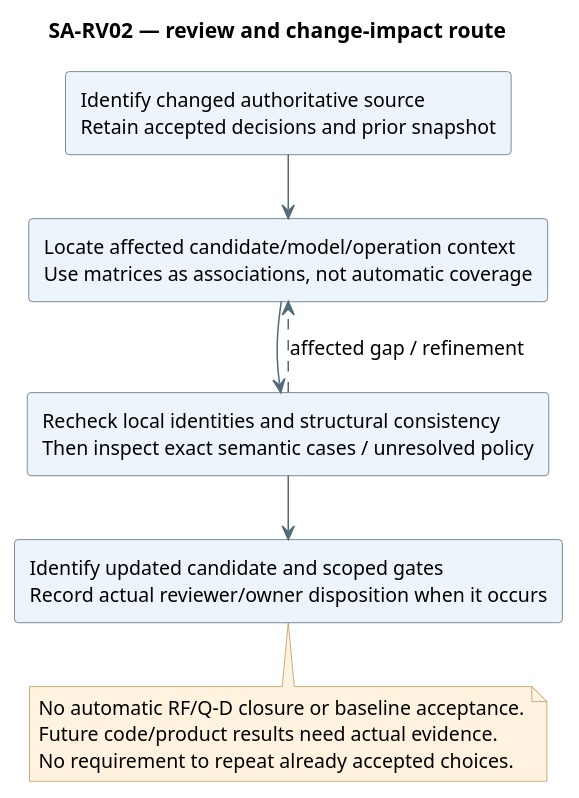
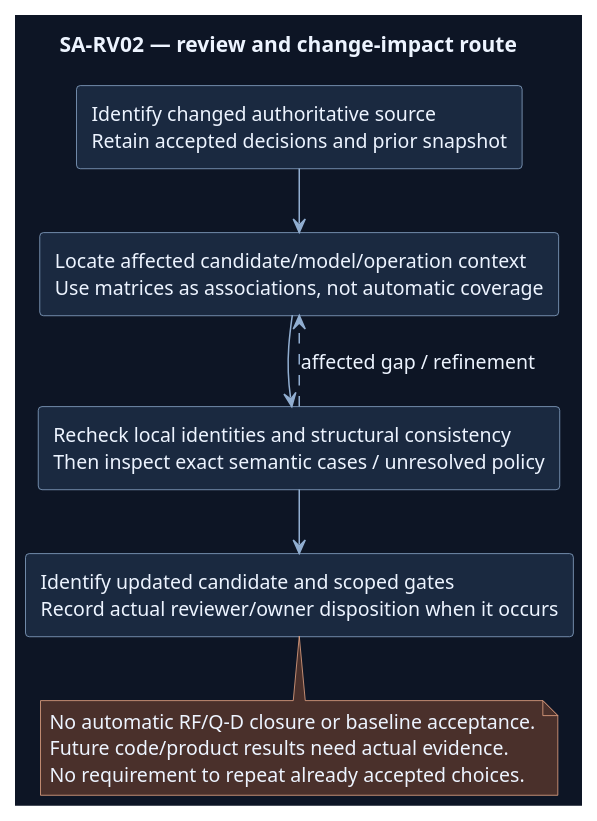
One commit to Farhad-V/Web-Resumefolio changed the diagram in Docs/SDLC/03-System-Analysis/Diagrams/Review-Change-Impact-Route.puml. Above: the diagram before and after it, drawn with PlantUML. The commit also changed 1772 other files, not shown here.

```diff
--- a/Docs/SDLC/03-System-Analysis/Diagrams/Review-Change-Impact-Route.puml
+++ b/Docs/SDLC/03-System-Analysis/Diagrams/Review-Change-Impact-Route.puml
@@ -1,30 +1,31 @@
 @startuml
 ' OWNER-MVP-2026-11-04 review: MVP core / cross-cutting. Core presentation/application/files or shared authority/recovery invariant remains applicable.
-skinparam backgroundColor white
+skinparam backgroundColor #0D1525
+skinparam defaultFontColor #EDF4FF
 skinparam defaultFontName Segoe UI
 skinparam defaultFontSize 13
 skinparam shadowing false
-skinparam ArrowColor #526B7B
-skinparam rectangleBackgroundColor #EDF4FB
-skinparam rectangleBorderColor #526B7B
-skinparam noteBackgroundColor #FFF3DF
-skinparam noteBorderColor #B99557
+skinparam ArrowColor #91AED1
+skinparam rectangleBackgroundColor #1A2940
+skinparam rectangleBorderColor #91AED1
+skinparam noteBackgroundColor #4A302B
+skinparam noteBorderColor #F1AD8A
 skinparam nodesep 35
 skinparam ranksep 42
 title SA-RV02 — review and change-impact route
 top to bottom direction
 rectangle "Identify changed authoritative source\nRetain accepted decisions and prior snapshot" as Change
 rectangle "Locate affected candidate/model/operation context\nUse matrices as associations, not automatic coverage" as Impact
 rectangle "Recheck local identities and structural consistency\nThen inspect exact semantic cases / unresolved policy" as Review
 rectangle "Identify updated candidate and scoped gates\nRecord actual reviewer/owner disposition when it occurs" as Record
 Change --> Impact
 Impact --> Review
 Review --> Record
 Review ..> Impact : affected gap / refinement
 note bottom of Record
 No automatic RF/Q-D closure or baseline acceptance.
 Future code/product results need actual evidence.
 No requirement to repeat already accepted choices.
 end note
 
 @enduml
```
